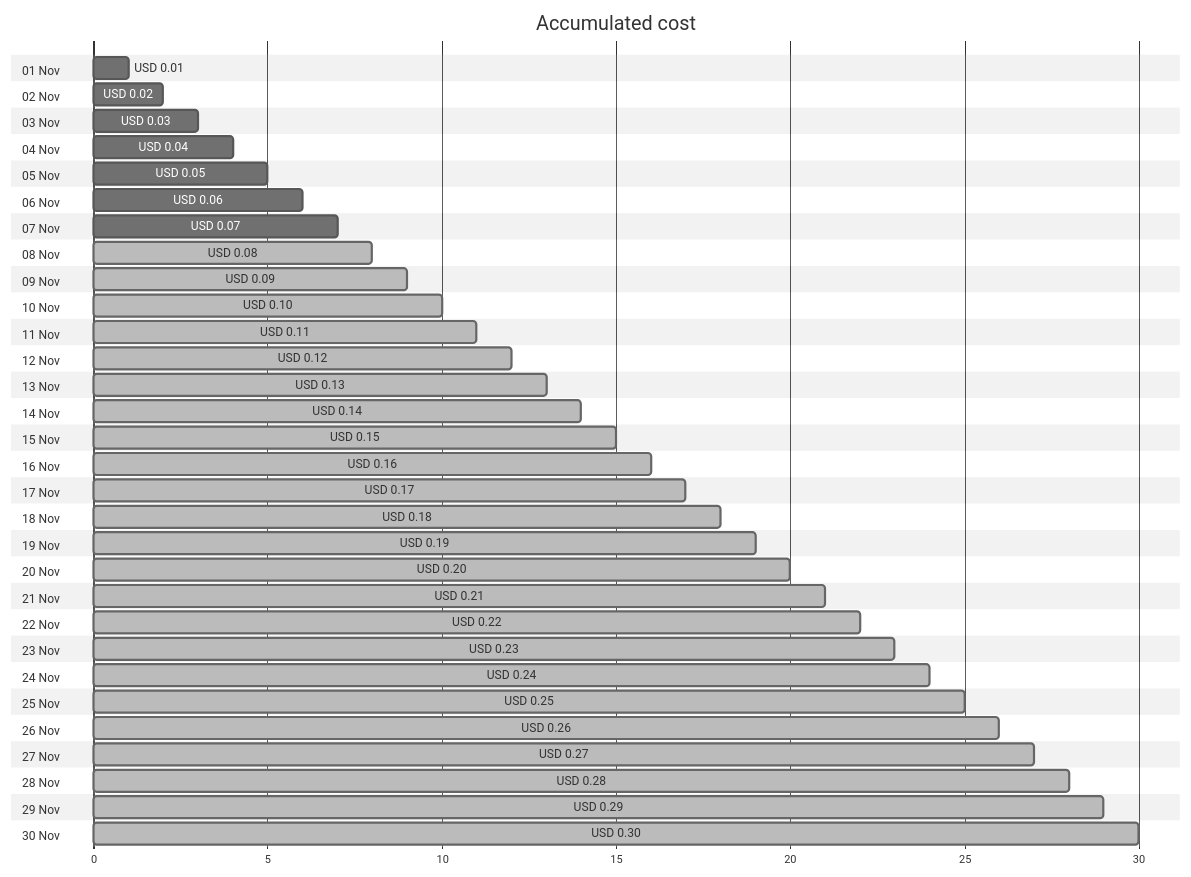
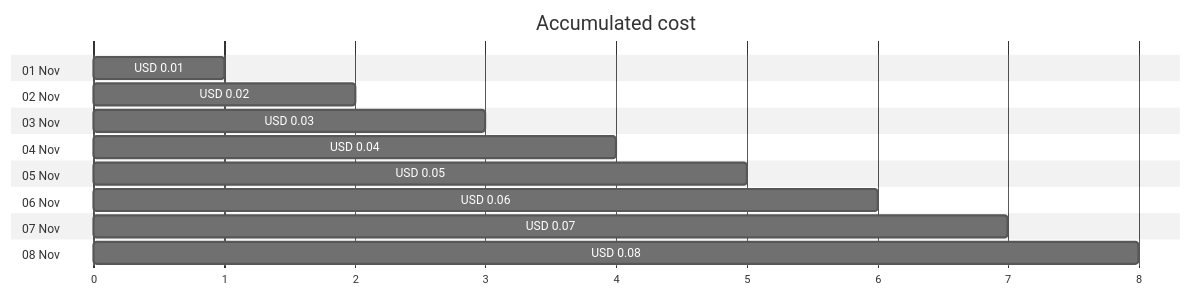
Before and after one commit to jpfulton/azure-personal-reports: the first of 4 diagrams in cost-reports/cloud-shell-storage-eastus/cs2100300008c8d894b.md, drawn with Mermaid (neutral theme). The commit also changed other lines of this file and 1 other file, not shown here.

Commit message:
Generated reports [skip ci]

````diff
--- a/cost-reports/cloud-shell-storage-eastus/cs2100300008c8d894b.md
+++ b/cost-reports/cloud-shell-storage-eastus/cs2100300008c8d894b.md
@@ -20,66 +20,22 @@
 ```mermaid
 gantt
    title Accumulated cost
    dateFormat  X
    axisFormat %s
    section 01 Nov
    USD 0.01 :0, 1
    section 02 Nov
    USD 0.02 :0, 2
    section 03 Nov
    USD 0.03 :0, 3
    section 04 Nov
    USD 0.04 :0, 4
    section 05 Nov
    USD 0.05 :0, 5
    section 06 Nov
    USD 0.06 :0, 6
    section 07 Nov
    USD 0.07 :0, 7
    section 08 Nov
-   USD 0.08 : done, 0, 8
-   section 09 Nov
-   USD 0.09 : done, 0, 9
-   section 10 Nov
-   USD 0.10 : done, 0, 10
-   section 11 Nov
-   USD 0.11 : done, 0, 11
-   section 12 Nov
-   USD 0.12 : done, 0, 12
-   section 13 Nov
-   USD 0.13 : done, 0, 13
-   section 14 Nov
-   USD 0.14 : done, 0, 14
-   section 15 Nov
-   USD 0.15 : done, 0, 15
-   section 16 Nov
-   USD 0.16 : done, 0, 16
-   section 17 Nov
-   USD 0.17 : done, 0, 17
-   section 18 Nov
-   USD 0.18 : done, 0, 18
-   section 19 Nov
-   USD 0.19 : done, 0, 19
-   section 20 Nov
-   USD 0.20 : done, 0, 20
-   section 21 Nov
-   USD 0.21 : done, 0, 21
-   section 22 Nov
-   USD 0.22 : done, 0, 22
-   section 23 Nov
-   USD 0.23 : done, 0, 23
-   section 24 Nov
-   USD 0.24 : done, 0, 24
-   section 25 Nov
-   USD 0.25 : done, 0, 25
-   section 26 Nov
-   USD 0.26 : done, 0, 26
-   section 27 Nov
-   USD 0.27 : done, 0, 27
-   section 28 Nov
-   USD 0.28 : done, 0, 28
-   section 29 Nov
-   USD 0.29 : done, 0, 29
-   section 30 Nov
-   USD 0.30 : done, 0, 30
+   USD 0.08 :0, 8
 ```
````
